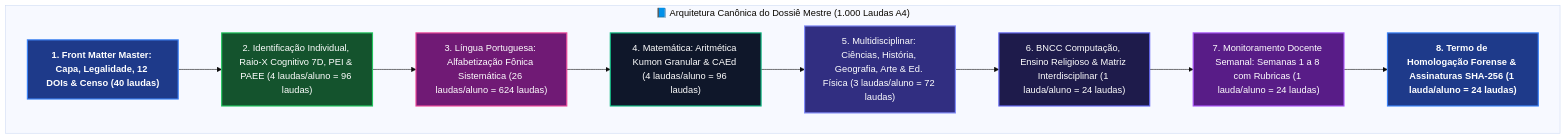
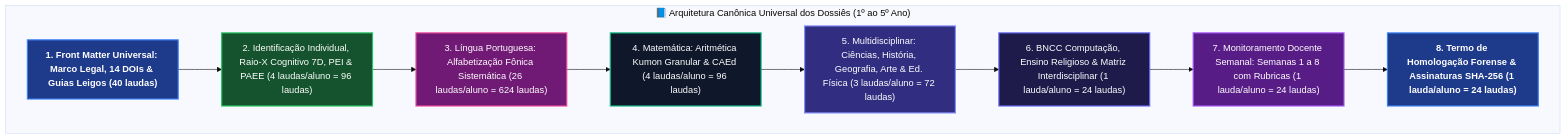
Before and after one commit to MarceloClaro/AiramVeras: the second of 17 diagrams in README.md, drawn with Mermaid (base theme). The commit also changed other lines of this file and 14 other files, not shown here.

Commit message:
feat(dossie): implementa guia didatico para leigos, modelo universal parametrico, sanitizacao tipografica e bloco 16 no ledger

````diff
--- a/README.md
+++ b/README.md
@@ -115,23 +115,23 @@
 ```mermaid
 graph TD
     classDef capBox fill:#1e3a8a,stroke:#3b82f6,stroke-width:2px,color:#ffffff,font-weight:bold;
     classDef sciBox fill:#0f172a,stroke:#10b981,stroke-width:2px,color:#ffffff;
     classDef legBox fill:#581c87,stroke:#a855f7,stroke-width:2px,color:#ffffff;
     classDef planBox fill:#1e1b4b,stroke:#6366f1,stroke-width:2px,color:#ffffff;
     classDef indBox fill:#14532d,stroke:#22c55e,stroke-width:2px,color:#ffffff;
     classDef pratBox fill:#701a75,stroke:#ec4899,stroke-width:2px,color:#ffffff;
     classDef multiBox fill:#312e81,stroke:#818cf8,stroke-width:2px,color:#ffffff;
 
-    subgraph DOSSIE ["📘 Arquitetura Canônica do Dossiê Mestre (1.000 Laudas A4)"]
-        S1["1. Front Matter Master: Capa, Legalidade, 12 DOIs & Censo (40 laudas)"]:::capBox
+    subgraph DOSSIE ["📘 Arquitetura Canônica Universal dos Dossiês (1º ao 5º Ano)"]
+        S1["1. Front Matter Universal: Marco Legal, 14 DOIs & Guias Leigos (40 laudas)"]:::capBox
         S2["2. Identificação Individual, Raio-X Cognitivo 7D, PEI & PAEE (4 laudas/aluno = 96 laudas)"]:::indBox
         S3["3. Língua Portuguesa: Alfabetização Fônica Sistemática (26 laudas/aluno = 624 laudas)"]:::pratBox
         S4["4. Matemática: Aritmética Kumon Granular & CAEd (4 laudas/aluno = 96 laudas)"]:::sciBox
         S5["5. Multidisciplinar: Ciências, História, Geografia, Arte & Ed. Física (3 laudas/aluno = 72 laudas)"]:::multiBox
         S6["6. BNCC Computação, Ensino Religioso & Matriz Interdisciplinar (1 lauda/aluno = 24 laudas)"]:::planBox
         S7["7. Monitoramento Docente Semanal: Semanas 1 a 8 com Rubricas (1 lauda/aluno = 24 laudas)"]:::legBox
         S8["8. Termo de Homologação Forense & Assinaturas SHA-256 (1 lauda/aluno = 24 laudas)"]:::capBox
 
         S1 --> S2 --> S3 --> S4 --> S5 --> S6 --> S7 --> S8
     end
 ```
````
